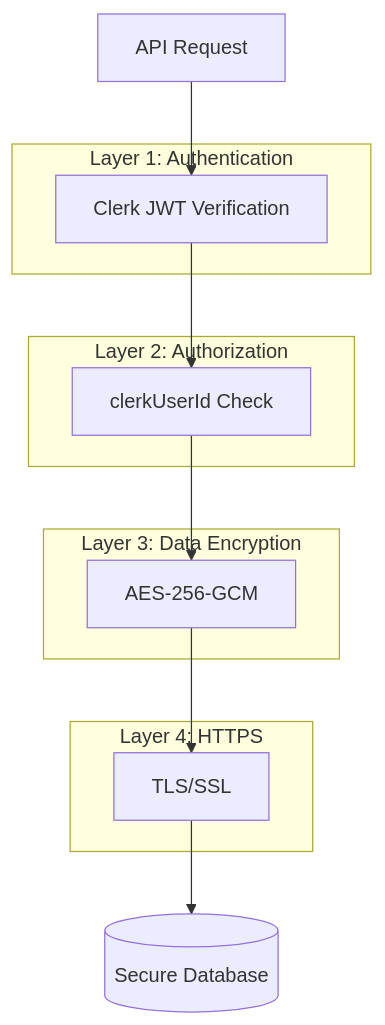
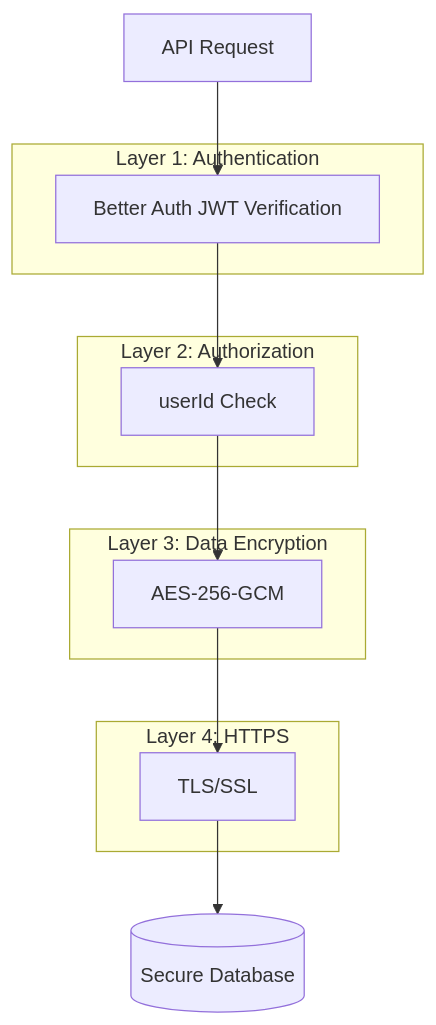
Diagram 19 of 22 in docs/ARCHITECTURE_DIAGRAMS.md (robertguss/social_post), drawn with Mermaid before and after one commit. The commit also changed other lines of this file and 32 other files, not shown here.

Commit message:
update references to Clerk to Better Auth

````diff
--- a/docs/ARCHITECTURE_DIAGRAMS.md
+++ b/docs/ARCHITECTURE_DIAGRAMS.md
@@ -630,24 +630,24 @@
 ```mermaid
 graph TB
     subgraph "Layer 1: Authentication"
-        L1[Clerk JWT Verification]
+        L1[Better Auth JWT Verification]
     end
 
     subgraph "Layer 2: Authorization"
-        L2[clerkUserId Check]
+        L2[userId Check]
     end
 
     subgraph "Layer 3: Data Encryption"
         L3[AES-256-GCM]
     end
 
     subgraph "Layer 4: HTTPS"
         L4[TLS/SSL]
     end
 
     Request[API Request] --> L1
     L1 --> L2
     L2 --> L3
     L3 --> L4
     L4 --> Database[(Secure Database)]
 ```
````
